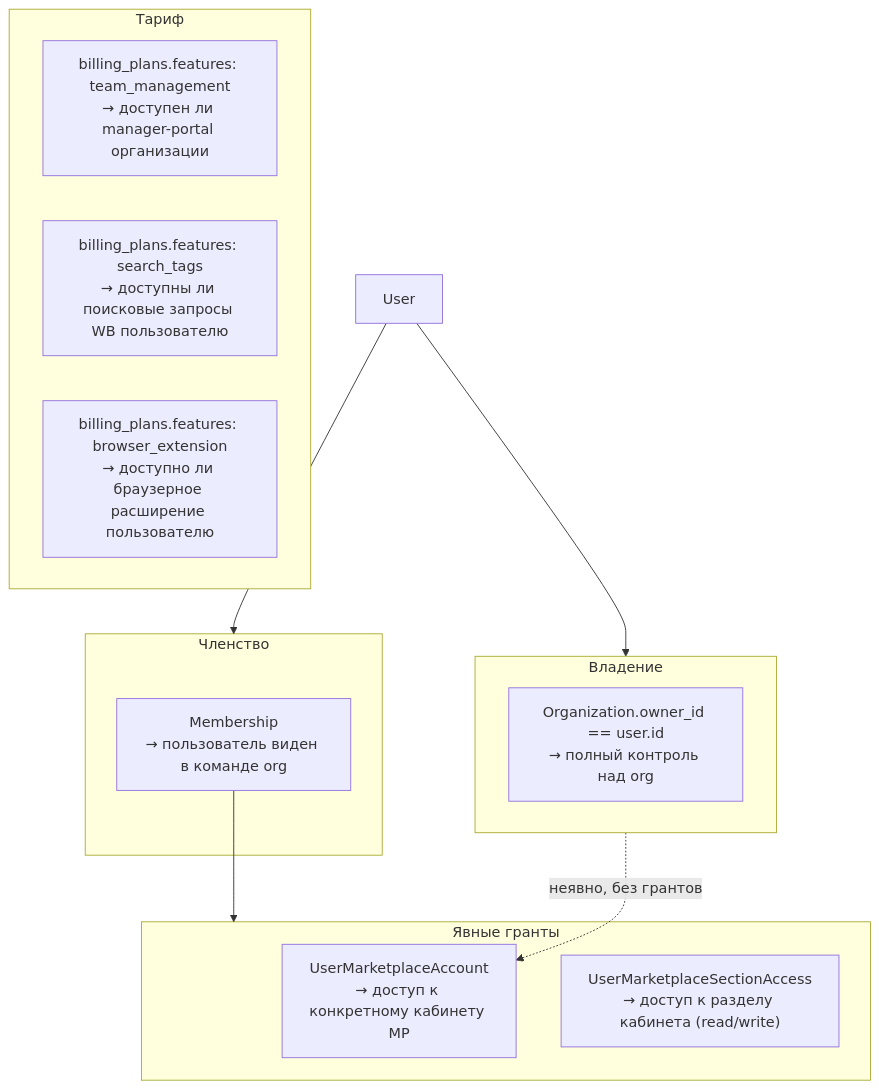
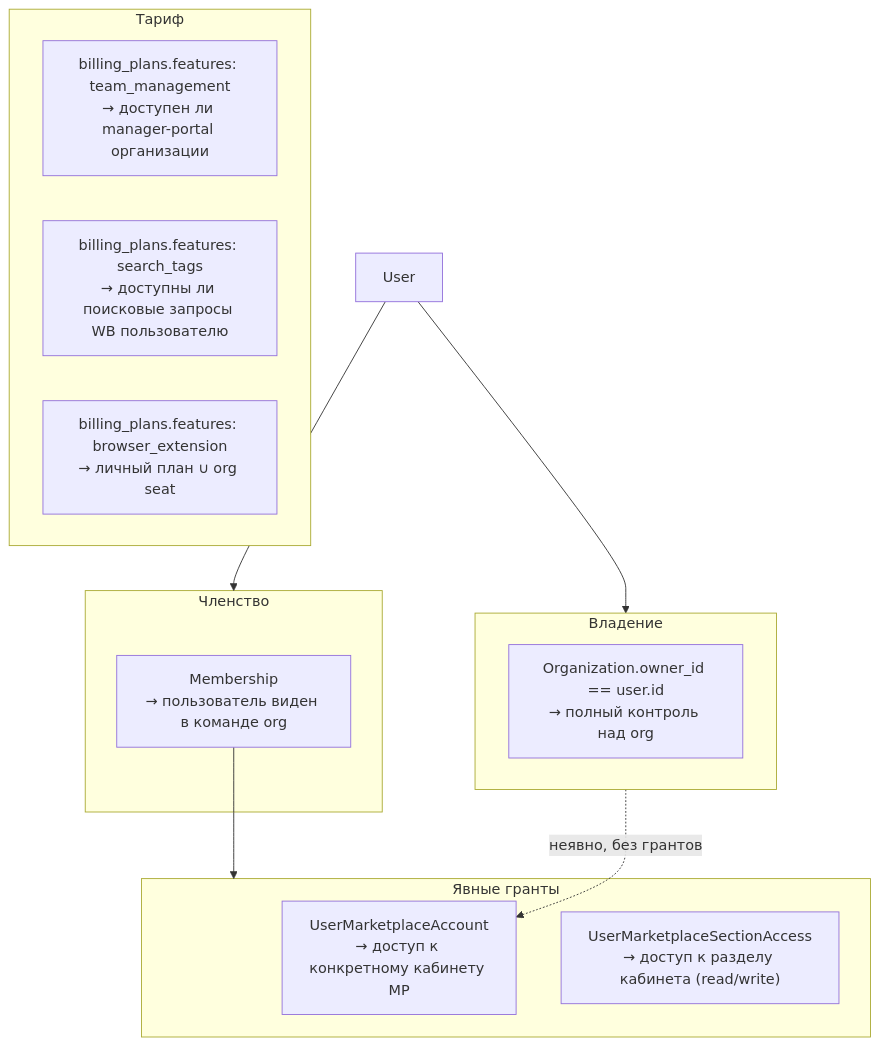
The diagram in architecture/access-control.md (MarketHackerLabs/docs), drawn with Mermaid before and after one commit. The commit also changed other lines of this file and 9 other files, not shown here.

````diff
--- a/architecture/access-control.md
+++ b/architecture/access-control.md
@@ -22,28 +22,28 @@
 ```mermaid
 flowchart TB
     USER[User]
 
     subgraph OWN [Владение]
         OWNER["Organization.owner_id == user.id\n→ полный контроль над org"]
     end
 
     subgraph MEMBER [Членство]
         MEM["Membership\n→ пользователь виден в команде org"]
     end
 
     subgraph GRANT [Явные гранты]
         ACC["UserMarketplaceAccount\n→ доступ к конкретному кабинету MP"]
         SEC["UserMarketplaceSectionAccess\n→ доступ к разделу кабинета (read/write)"]
     end
 
     subgraph PLAN [Тариф]
         MP_FEATURE["billing_plans.features: team_management\n→ доступен ли manager-portal организации"]
         ST_FEATURE["billing_plans.features: search_tags\n→ доступны ли поисковые запросы WB пользователю"]
-        EXT_FEATURE["billing_plans.features: browser_extension\n→ доступно ли браузерное расширение пользователю"]
+        EXT_FEATURE["billing_plans.features: browser_extension\n→ личный план ∪ org seat"]
     end
 
     USER --> OWN
     USER --> MEMBER
     MEM --> GRANT
     OWN -.->|неявно, без грантов| ACC
 ```
````
